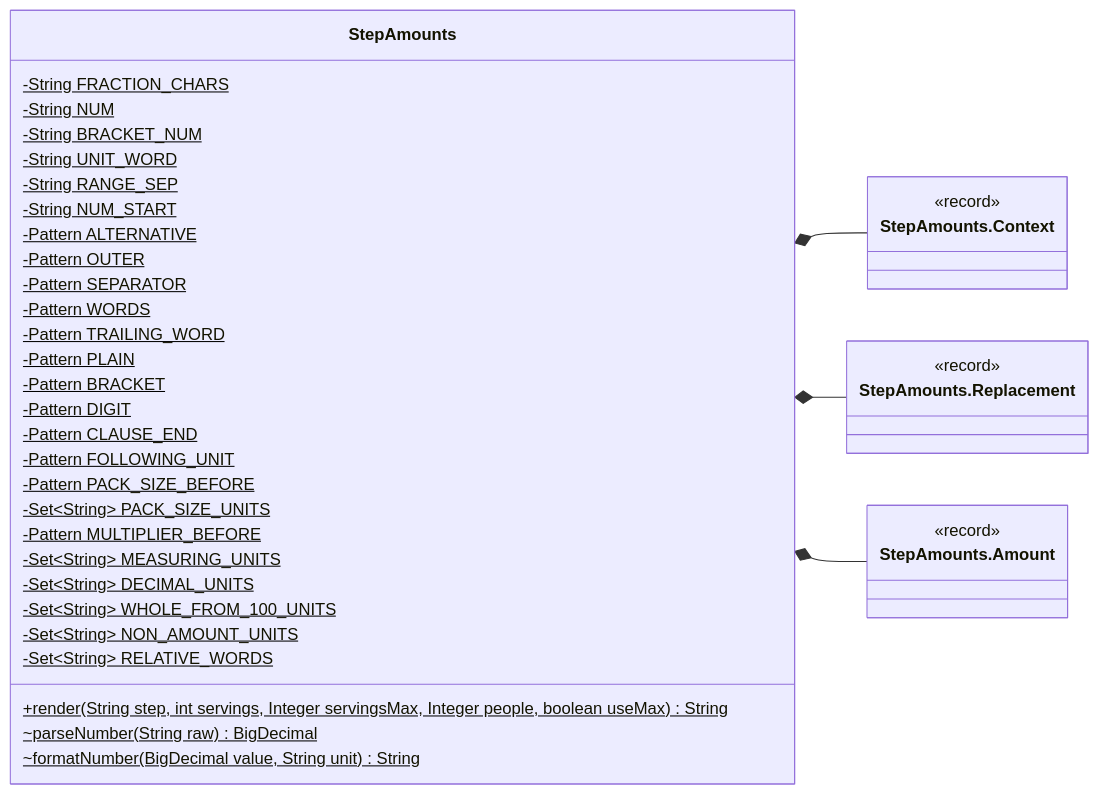
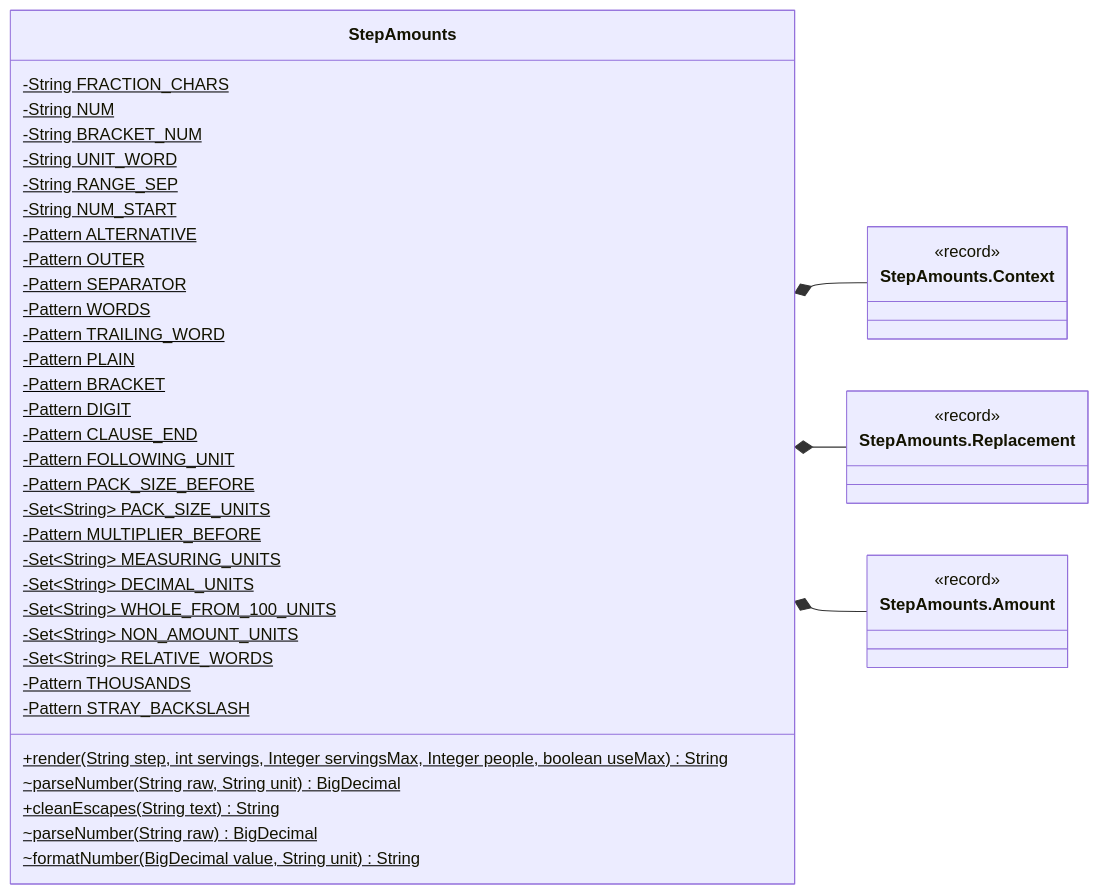
Diagram 23 of 26 in docs/classes/mealplanner.md (Nate-ryan-7690/dahaem), drawn with Mermaid before and after one commit. The commit also changed other lines of this file, not shown here.

Commit message:
Regenerate generated docs (approved in CI)

````diff
--- a/docs/classes/mealplanner.md
+++ b/docs/classes/mealplanner.md
@@ -1417,45 +1417,49 @@
 ```mermaid
 classDiagram
     direction LR
     class mealplanner_StepAmounts["StepAmounts"] {
         -String FRACTION_CHARS$
         -String NUM$
         -String BRACKET_NUM$
         -String UNIT_WORD$
         -String RANGE_SEP$
         -String NUM_START$
         -Pattern ALTERNATIVE$
         -Pattern OUTER$
         -Pattern SEPARATOR$
         -Pattern WORDS$
         -Pattern TRAILING_WORD$
         -Pattern PLAIN$
         -Pattern BRACKET$
         -Pattern DIGIT$
         -Pattern CLAUSE_END$
         -Pattern FOLLOWING_UNIT$
         -Pattern PACK_SIZE_BEFORE$
         -Set~String~ PACK_SIZE_UNITS$
         -Pattern MULTIPLIER_BEFORE$
         -Set~String~ MEASURING_UNITS$
         -Set~String~ DECIMAL_UNITS$
         -Set~String~ WHOLE_FROM_100_UNITS$
         -Set~String~ NON_AMOUNT_UNITS$
         -Set~String~ RELATIVE_WORDS$
         +render(String step, int servings, Integer servingsMax, Integer people, boolean useMax) String$
+        -Pattern THOUSANDS$
+        ~parseNumber(String raw, String unit) BigDecimal$
+        +cleanEscapes(String text) String$
+        -Pattern STRAY_BACKSLASH$
         ~parseNumber(String raw) BigDecimal$
         ~formatNumber(BigDecimal value, String unit) String$
     }
     class mealplanner_StepAmounts_Context["StepAmounts.Context"] {
         <<record>>
     }
     class mealplanner_StepAmounts_Replacement["StepAmounts.Replacement"] {
         <<record>>
     }
     class mealplanner_StepAmounts_Amount["StepAmounts.Amount"] {
         <<record>>
     }
     mealplanner_StepAmounts *-- mealplanner_StepAmounts_Context
     mealplanner_StepAmounts *-- mealplanner_StepAmounts_Replacement
     mealplanner_StepAmounts *-- mealplanner_StepAmounts_Amount
 ```
````
